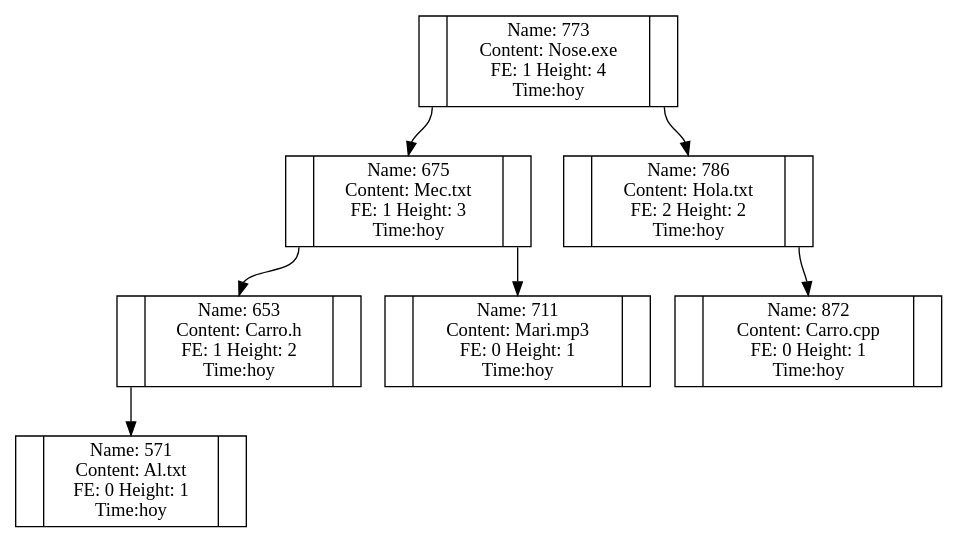
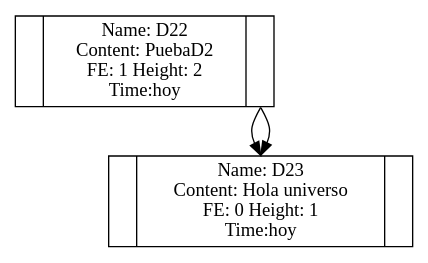
One commit to EH0809/EDD_2S2019_PY2_201520498 changed the diagram in AVL.dot. Above: the diagram before and after it, drawn with Graphviz.

```diff
--- a/AVL.dot
+++ b/AVL.dot
@@ -1,14 +1,9 @@
- digraph AVL{Node_773[label= " <f0>| <f1> Name: 773\n Content: Nose.exe\n FE: 1 Height: 4\n Time:hoy|<f2> " shape="record"] ; 
-Node_773:f0->Node_675:f1; 
-Node_675[label= " <f0>| <f1> Name: 675\n Content: Mec.txt\n FE: 1 Height: 3\n Time:hoy|<f2> " shape="record"] ; 
-Node_675:f0->Node_653:f1; 
-Node_653[label= " <f0>| <f1> Name: 653\n Content: Carro.h\n FE: 1 Height: 2\n Time:hoy|<f2> " shape="record"] ; 
-Node_653:f0->Node_571:f1; 
-Node_571[label= " <f0>| <f1> Name: 571\n Content: Al.txt\n FE: 0 Height: 1\n Time:hoy|<f2> " shape="record"] ; 
-Node_675:f2->Node_711:f1; 
-Node_711[label= " <f0>| <f1> Name: 711\n Content: Mari.mp3\n FE: 0 Height: 1\n Time:hoy|<f2> " shape="record"] ; 
-Node_773:f2->Node_786:f1; 
-Node_786[label= " <f0>| <f1> Name: 786\n Content: Hola.txt\n FE: 2 Height: 2\n Time:hoy|<f2> " shape="record"] ; 
-Node_786:f2->Node_872:f1; 
-Node_872[label= " <f0>| <f1> Name: 872\n Content: Carro.cpp\n FE: 0 Height: 1\n Time:hoy|<f2> " shape="record"] ; 
+ digraph AVL{Node_168[label= " <f0>| <f1> Name: D22\n Content: PuebaD2\n FE: 0 Height: 1\n Time:hoy|<f2> " shape="record"] ; 
+Node_168[label= " <f0>| <f1> Name: D22\n Content: PuebaD2\n FE: 1 Height: 2\n Time:hoy|<f2> " shape="record"] ; 
+Node_168:f2->Node_169:f1; 
+Node_169[label= " <f0>| <f1> Name: D23\n Content: hola mundo\n FE: 0 Height: 1\n Time:hoy|<f2> " shape="record"] ; 
+Node_168:f1; 
+Node_168[label= " <f0>| <f1> Name: D22\n Content: PuebaD2\n FE: 1 Height: 2\n Time:hoy|<f2> " shape="record"] ; 
+Node_168:f2->Node_169:f1; 
+Node_169[label= " <f0>| <f1> Name: D23\n Content: Hola universo\n FE: 0 Height: 1\n Time:hoy|<f2> " shape="record"] ; 
 }
```
